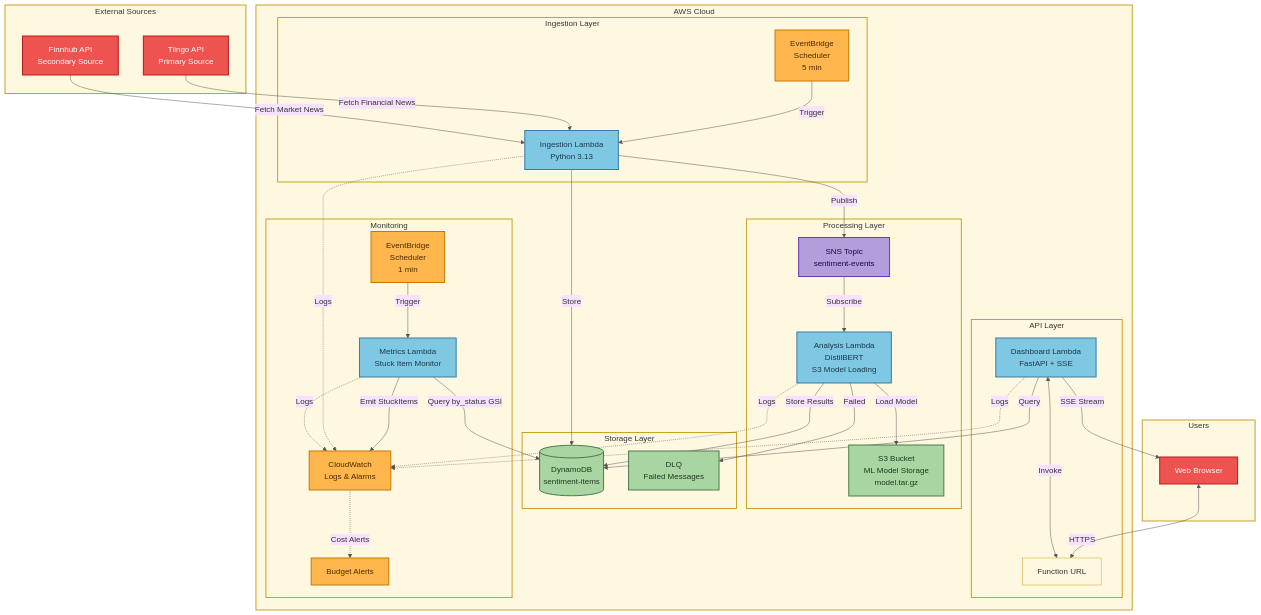
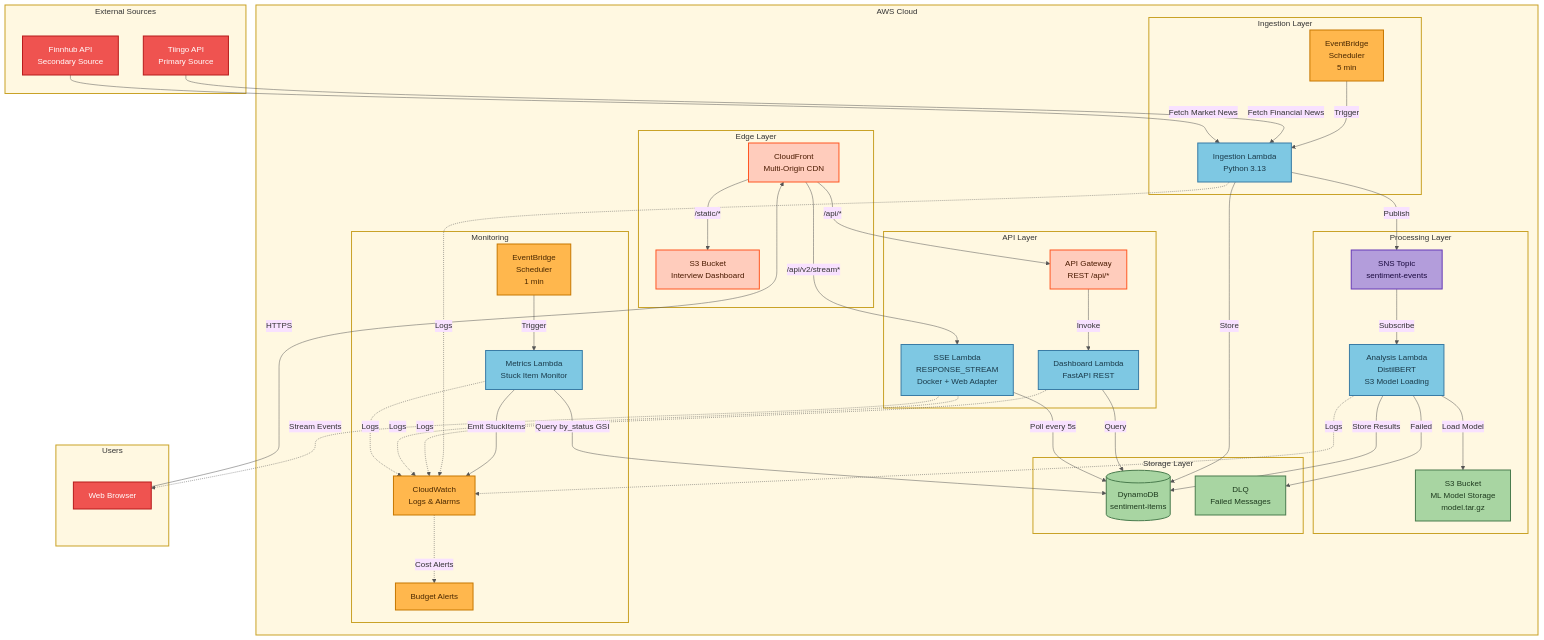
One commit to traylorre/sentiment-analyzer-gsk changed the second of 4 diagrams in README.md. Above: the diagram before and after it, drawn with Mermaid. The commit also changed other lines of this file and 10 other files, not shown here.

````diff
--- a/README.md
+++ b/README.md
@@ -196,6 +202,11 @@
     end
 
     subgraph AWS["AWS Cloud"]
+        subgraph EdgeLayer["Edge Layer"]
+            CF[CloudFront<br/>Multi-Origin CDN]
+            S3UI[S3 Bucket<br/>Interview Dashboard]
+        end
+
         subgraph IngestionLayer["Ingestion Layer"]
             EB[EventBridge<br/>Scheduler<br/>5 min]
             Ingestion[Ingestion Lambda<br/>Python 3.13]
@@ -208,8 +219,9 @@
         end
 
         subgraph APILayer["API Layer"]
-            Dashboard[Dashboard Lambda<br/>FastAPI + SSE]
-            FnURL[Function URL]
+            APIGW[API Gateway<br/>REST /api/*]
+            Dashboard[Dashboard Lambda<br/>FastAPI REST]
+            SSELambda[SSE Lambda<br/>RESPONSE_STREAM<br/>Docker + Web Adapter]
         end
 
         subgraph StorageLayer["Storage Layer"]
@@ -229,6 +241,11 @@
         Browser[Web Browser]
     end
 
+    Browser -->|HTTPS| CF
+    CF -->|/static/*| S3UI
+    CF -->|/api/*| APIGW
+    CF -->|/api/v2/stream*| SSELambda
+
     EB -->|Trigger| Ingestion
     Tiingo -->|Fetch Financial News| Ingestion
     Finnhub -->|Fetch Market News| Ingestion
@@ -241,10 +258,10 @@
     Analysis -->|Store Results| DDB
     Analysis -->|Failed| DLQ
 
-    Browser <-->|HTTPS| FnURL
-    FnURL <-->|Invoke| Dashboard
+    APIGW -->|Invoke| Dashboard
     Dashboard -->|Query| DDB
-    Dashboard -->|SSE Stream| Browser
+    SSELambda -->|Poll every 5s| DDB
+    SSELambda -.->|Stream Events| Browser
 
     EBMetrics -->|Trigger| Metrics
     Metrics -->|Query by_status GSI| DDB
@@ -253,6 +270,7 @@
     Ingestion -.->|Logs| CW
     Analysis -.->|Logs| CW
     Dashboard -.->|Logs| CW
+    SSELambda -.->|Logs| CW
     Metrics -.->|Logs| CW
 
     CW -.->|Cost Alerts| Budget
@@ -263,11 +281,13 @@
     classDef messagingStyle fill:#b39ddb,stroke:#673ab7,stroke-width:2px,color:#1a0a3e
     classDef monitoringStyle fill:#ffb74d,stroke:#c77800,stroke-width:2px,color:#4a2800
     classDef externalStyle fill:#ef5350,stroke:#b71c1c,stroke-width:2px,color:#fff
+    classDef edgeStyle fill:#ffccbc,stroke:#ff5722,stroke-width:2px,color:#4a1a00
 
-    class External,AWS,IngestionLayer,ProcessingLayer,APILayer,StorageLayer,MonitoringLayer,Users layerBox
-    class Ingestion,Analysis,Dashboard,Metrics lambdaStyle
+    class External,AWS,EdgeLayer,IngestionLayer,ProcessingLayer,APILayer,StorageLayer,MonitoringLayer,Users layerBox
+    class Ingestion,Analysis,Dashboard,SSELambda,Metrics lambdaStyle
     class DDB,DLQ,S3Model storageStyle
     class SNS messagingStyle
     class CW,Budget,EBMetrics,EB monitoringStyle
     class Tiingo,Finnhub,Browser externalStyle
+    class CF,S3UI,APIGW edgeStyle
 ```
````
